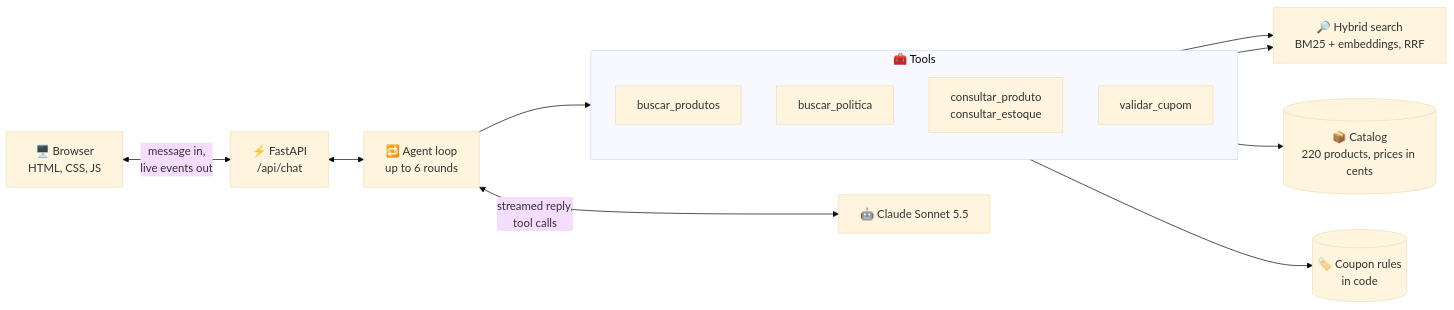
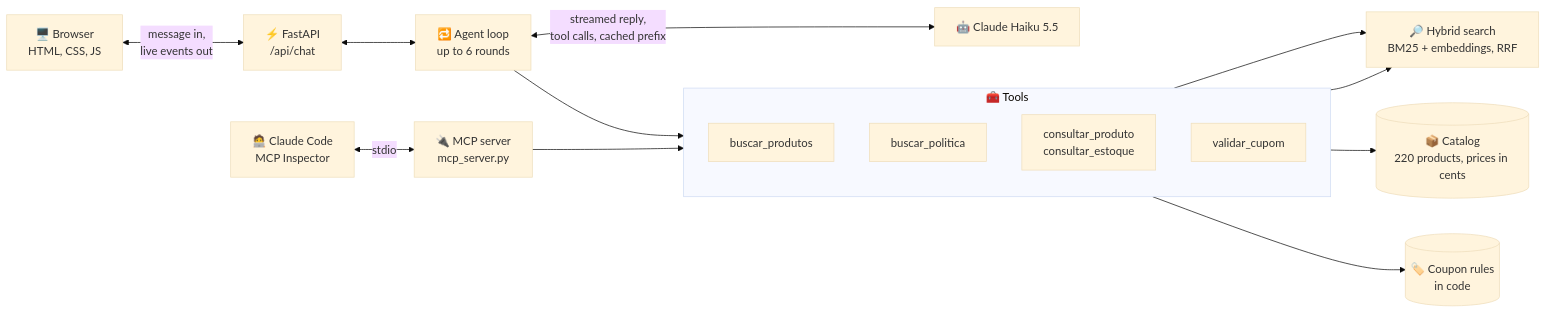
One commit to petrecaLeo/agentic-rag-sales-assistant changed the first of 2 diagrams in README.md. Above: the diagram before and after it, drawn with Mermaid (base theme). The commit also changed other lines of this file and 3 other files, not shown here.

````diff
--- a/README.md
+++ b/README.md
@@ -56,18 +61,20 @@
 ```mermaid
 flowchart LR
   B["🖥️ Browser<br/>HTML, CSS, JS"] <-->|"message in,<br/>live events out"| A["⚡ FastAPI<br/>/api/chat"]
   A <--> L["🔁 Agent loop<br/>up to 6 rounds"]
-  L <-->|"streamed reply,<br/>tool calls"| C["🤖 Claude Sonnet 5.5"]
+  L <-->|"streamed reply,<br/>tool calls, cached prefix"| C["🤖 Claude Haiku 5.5"]
   L --> T
   subgraph T["🧰 Tools"]
     direction TB
     S["buscar_produtos"]
     P["buscar_politica"]
     D["consultar_produto<br/>consultar_estoque"]
     V["validar_cupom"]
   end
   S --> H["🔎 Hybrid search<br/>BM25 + embeddings, RRF"]
   P --> H
   D --> K[("📦 Catalog<br/>220 products, prices in cents")]
   V --> R[("🏷️ Coupon rules<br/>in code")]
+  X["🧑‍💻 Claude Code<br/>MCP Inspector"] <-->|"stdio"| M["🔌 MCP server<br/>mcp_server.py"]
+  M --> T
 ```
````
